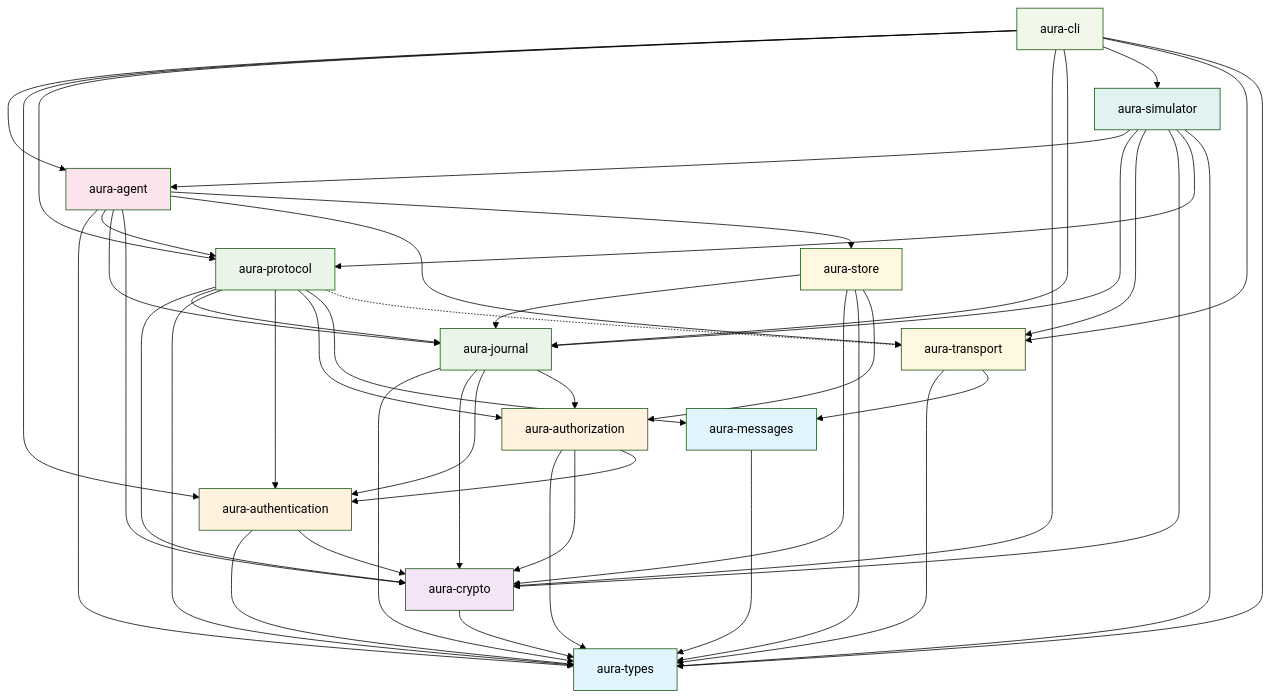
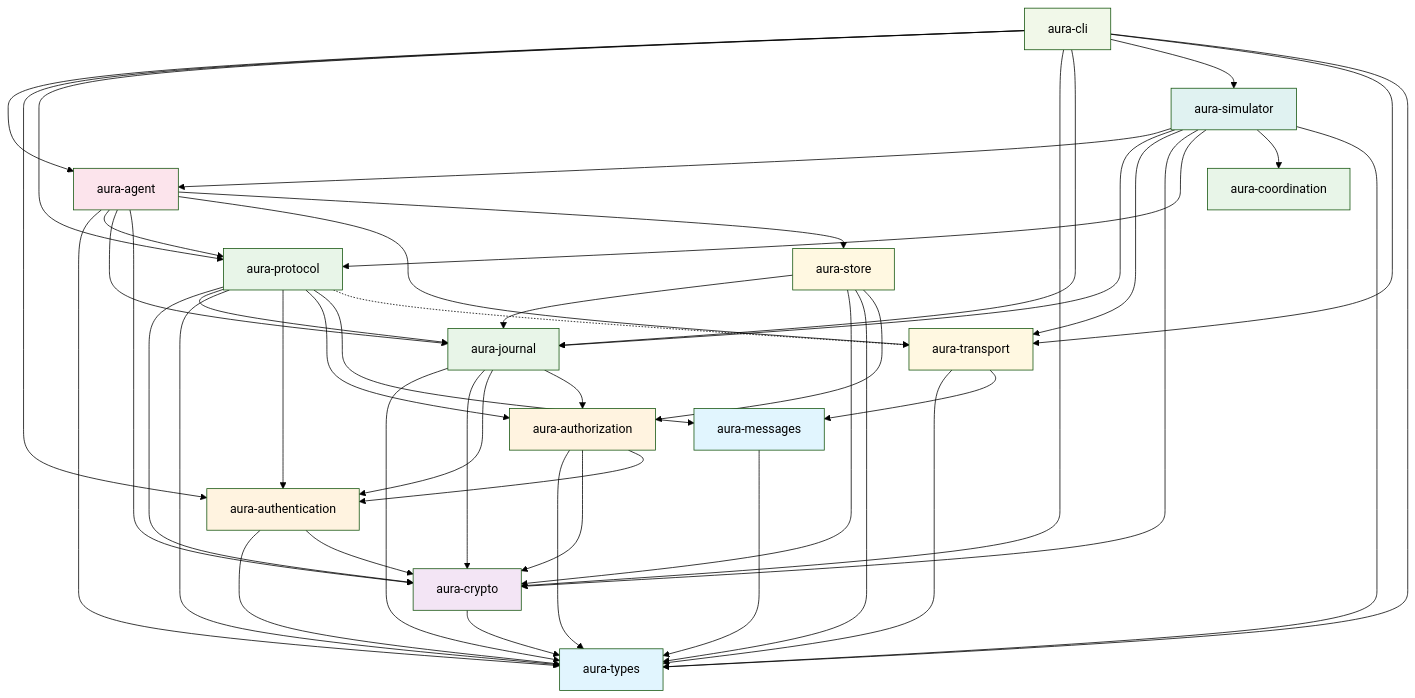
Before and after one commit to hxrts/aura: the second of 2 diagrams in docs/wiring.md, drawn with Mermaid (forest theme). The commit also changed other lines of this file and 198 other files, not shown here.

```diff
--- a/docs/wiring.md
+++ b/docs/wiring.md
@@ -152,6 +157,7 @@
     %% Protocol Infrastructure
     journal[aura-journal]
     protocol[aura-protocol]
+    coordination[aura-coordination]
     
     %% Storage & Transport
     transport[aura-transport]
@@ -210,6 +216,7 @@
     simulator --> transport
     simulator --> crypto
     simulator --> protocol
+    simulator --> coordination
     simulator --> types
     
     %% Styling
@@ -225,7 +232,7 @@
     class types,messages foundation
     class crypto crypto
     class auth,authz auth
-    class journal,protocol protocol
+    class journal,protocol,coordination protocol
     class transport,store storage
     class agent app
     class cli dev
```
